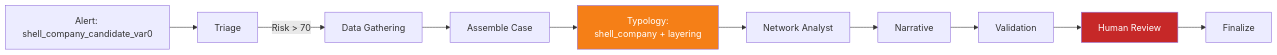
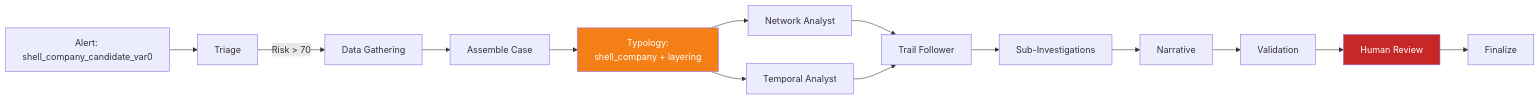
One commit to mongodb-industry-solutions/fsi-aml-fraud-detection changed diagram 16 of 19 in docs/AGENTIC_INVESTIGATION_PIPELINE.md. Above: the diagram before and after it, drawn with Mermaid. The commit also changed other lines of this file, not shown here.

````diff
--- a/docs/AGENTIC_INVESTIGATION_PIPELINE.md
+++ b/docs/AGENTIC_INVESTIGATION_PIPELINE.md
@@ -1013,15 +1306,19 @@
 ```mermaid
 flowchart LR
     A["Alert: shell_company_candidate_var0"] --> T["Triage"]
     T -->|"Risk > 70"| DG["Data Gathering"]
     DG --> AC["Assemble Case"]
     AC --> TY["Typology:<br/>shell_company + layering"]
     TY --> NA["Network Analyst"]
-    NA --> NR["Narrative"]
+    TY --> TA["Temporal Analyst"]
+    NA --> TF["Trail Follower"]
+    TA --> TF
+    TF --> SI["Sub-Investigations"]
+    SI --> NR["Narrative"]
     NR --> V["Validation"]
     V --> HR["Human Review"]
     HR --> F["Finalize"]
 
     style TY fill:#f57f17,color:#fff
     style HR fill:#c62828,color:#fff
 ```
````
